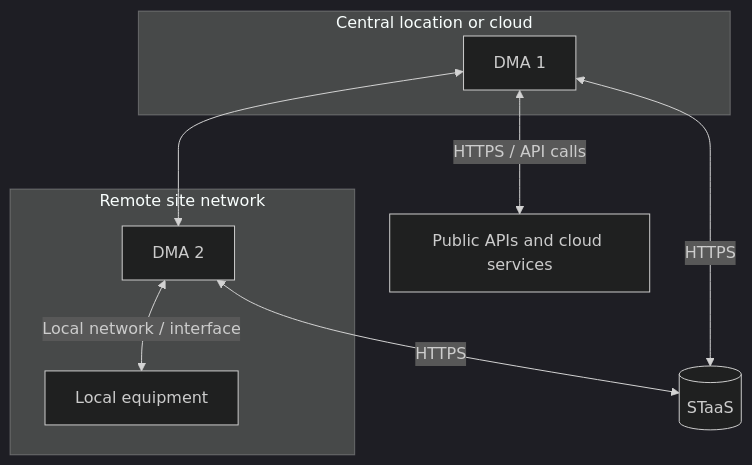
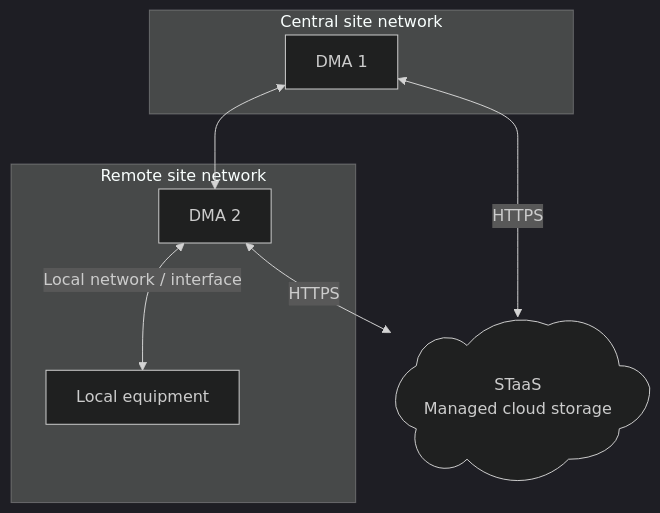
One commit to SkylineCommunications/dataminer-docs changed the first of 2 diagrams in dataminer/About_DataMiner/System_architectures/Topologies/Architecture_distributed_sites.md. Above: the diagram before and after it, drawn with Mermaid (dark theme). The commit also changed other lines of this file and 9 other files, not shown here.

Commit message:
Clarify cloud-hosted DaaS and connectivity diagrams

````diff
--- a/dataminer/About_DataMiner/System_architectures/Topologies/Architecture_distributed_sites.md
+++ b/dataminer/About_DataMiner/System_architectures/Topologies/Architecture_distributed_sites.md
@@ -35,17 +35,15 @@
 ```mermaid
 flowchart TB
-    subgraph Central["Central location or cloud"]
+    subgraph Central["Central site network"]
         D["DMA 1"]
     end
-    S[("STaaS")]
-    P["Public APIs and cloud services"]
+    S@{ shape: cloud, label: "STaaS<br/>Managed cloud storage" }
     subgraph A["Remote site network"]
         DA["DMA 2"]
         EA["Local equipment"]
         DA <-->|"Local network / interface"| EA
     end
     D <--> DA
     D <-->|"HTTPS"| S
     DA <-->|"HTTPS"| S
-    D <-->|"HTTPS / API calls"| P
 ```
````
